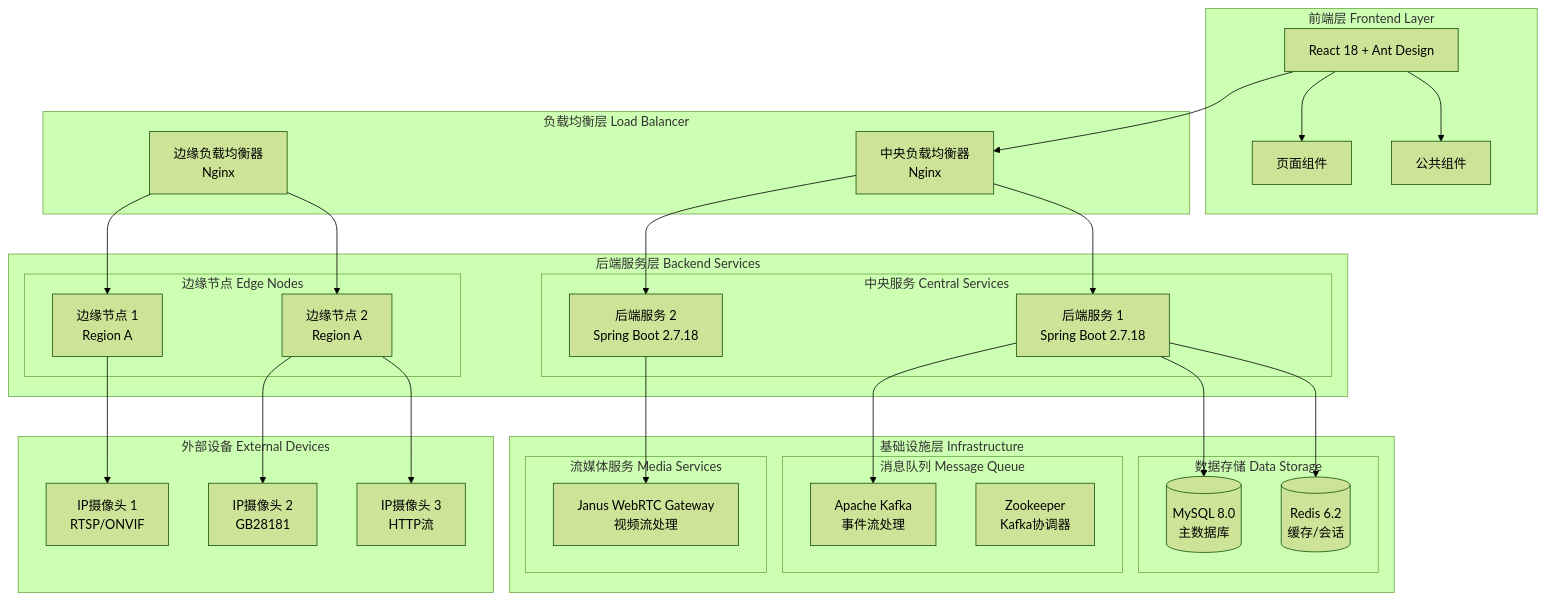
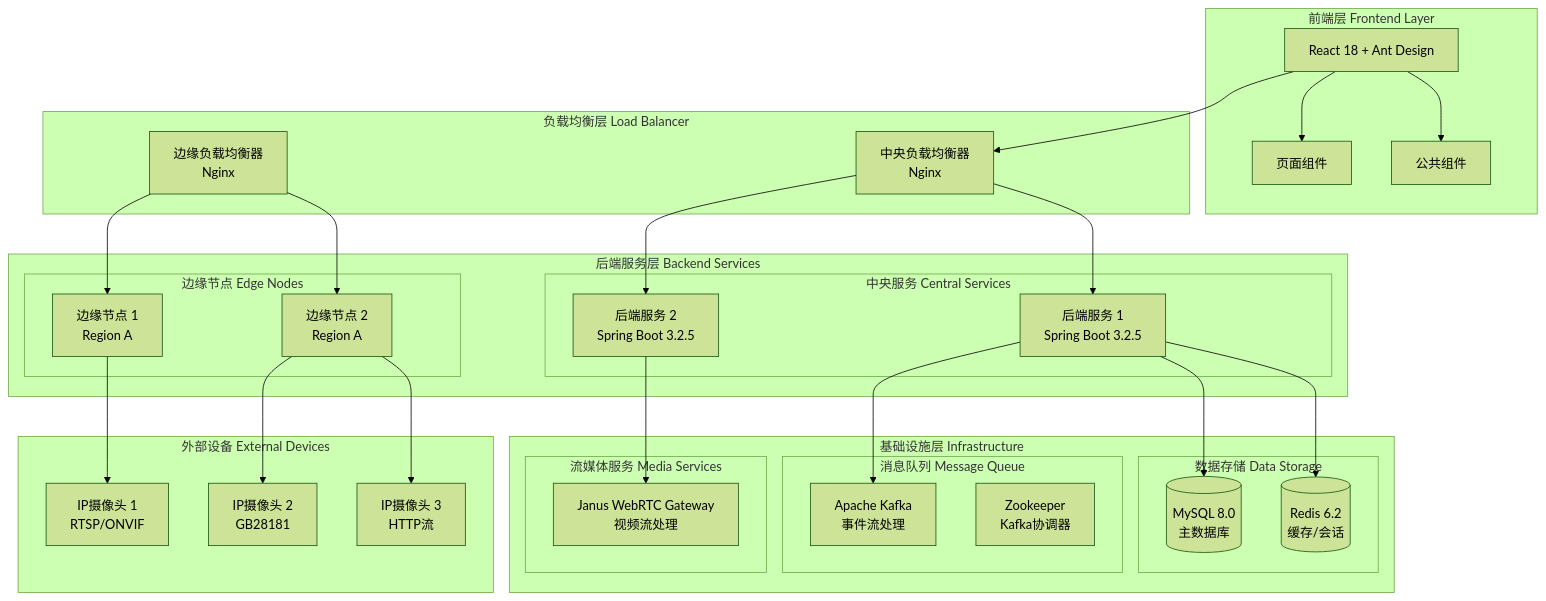
One commit to HuboryChen/aick-mmp changed the diagram in README.md. Above: the diagram before and after it, drawn with Mermaid (forest theme). The commit also changed other lines of this file and 2589 other files, not shown here.

````diff
--- a/README.md
+++ b/README.md
@@ -42,63 +42,63 @@
 ```mermaid
 graph TB
     subgraph "前端层 Frontend Layer"
         UI[React 18 + Ant Design]
         UI --> Pages[页面组件]
         UI --> Components[公共组件]
     end
 
     subgraph "负载均衡层 Load Balancer"
         CLB[中央负载均衡器<br/>Nginx]
         ELB[边缘负载均衡器<br/>Nginx]
     end
 
     subgraph "后端服务层 Backend Services"
         subgraph "中央服务 Central Services"
-            Backend1[后端服务 1<br/>Spring Boot 2.7.18]
-            Backend2[后端服务 2<br/>Spring Boot 2.7.18]
+            Backend1[后端服务 1<br/>Spring Boot 3.2.5]
+            Backend2[后端服务 2<br/>Spring Boot 3.2.5]
         end
         
         subgraph "边缘节点 Edge Nodes"
             EdgeNode1[边缘节点 1<br/>Region A]
             EdgeNode2[边缘节点 2<br/>Region A]
         end
     end
 
     subgraph "基础设施层 Infrastructure"
         subgraph "数据存储 Data Storage"
             MySQL[(MySQL 8.0<br/>主数据库)]
             Redis[(Redis 6.2<br/>缓存/会话)]
         end
         
         subgraph "消息队列 Message Queue"
             Kafka[Apache Kafka<br/>事件流处理]
             Zookeeper[Zookeeper<br/>Kafka协调器]
         end
         
         subgraph "流媒体服务 Media Services"
             Janus[Janus WebRTC Gateway<br/>视频流处理]
         end
     end
 
     subgraph "外部设备 External Devices"
         Camera1[IP摄像头 1<br/>RTSP/ONVIF]
         Camera2[IP摄像头 2<br/>GB28181]
         Camera3[IP摄像头 3<br/>HTTP流]
     end
 
     %% 连接关系
     UI --> CLB
     CLB --> Backend1
     CLB --> Backend2
     ELB --> EdgeNode1
     ELB --> EdgeNode2
     
     Backend1 --> MySQL
     Backend1 --> Redis
     Backend1 --> Kafka
     Backend2 --> Janus
     
     EdgeNode1 --> Camera1
     EdgeNode2 --> Camera2
     EdgeNode2 --> Camera3
 ```
````
